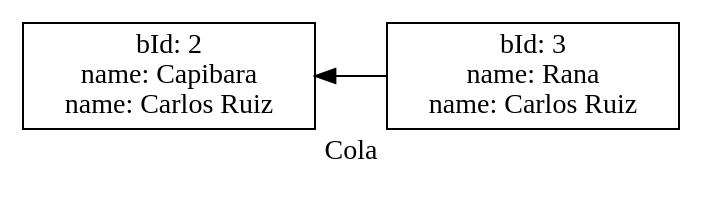
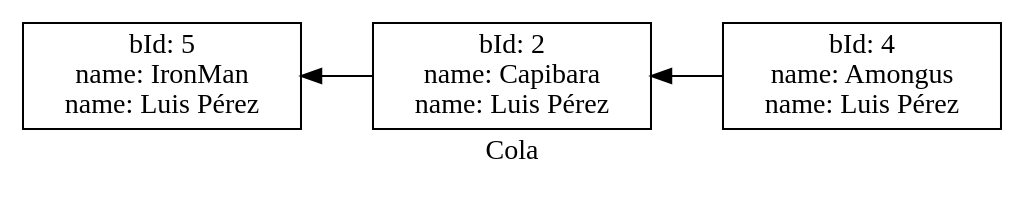
One commit to marcosbondel/IPC2_ProyectoVD2024_202202410 changed the diagram in Proyecto1/dot_reports/queue.dot. Above: the diagram before and after it, drawn with Graphviz. The commit also changed 15 other files, not shown here.

```diff
--- a/Proyecto1/dot_reports/queue.dot
+++ b/Proyecto1/dot_reports/queue.dot
@@ -1,8 +1,10 @@
 digraph G {
             rankdir="RL";
             label="Cola";
             node[shape=box];
-        nodo0[label="bId: 3\nname: Rana\nname: Carlos Ruiz\n"];
-nodo1[label="bId: 2\nname: Capibara\nname: Carlos Ruiz\n"];
+        nodo0[label="bId: 4\nname: Amongus\nname: Luis Pérez\n"];
+nodo1[label="bId: 2\nname: Capibara\nname: Luis Pérez\n"];
+nodo2[label="bId: 5\nname: IronMan\nname: Luis Pérez\n"];
 nodo0 -> nodo1;
+nodo1 -> nodo2;
 }
```
